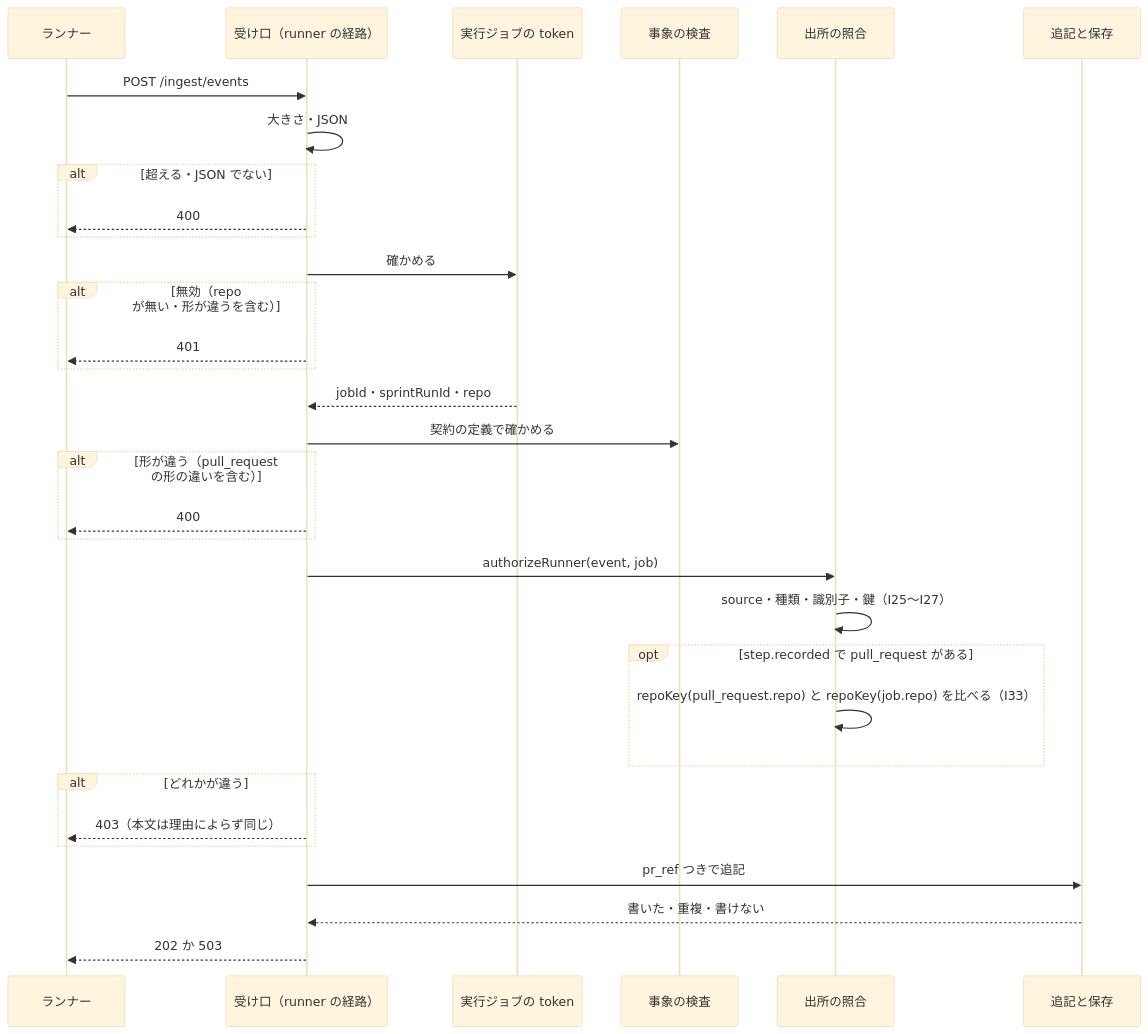
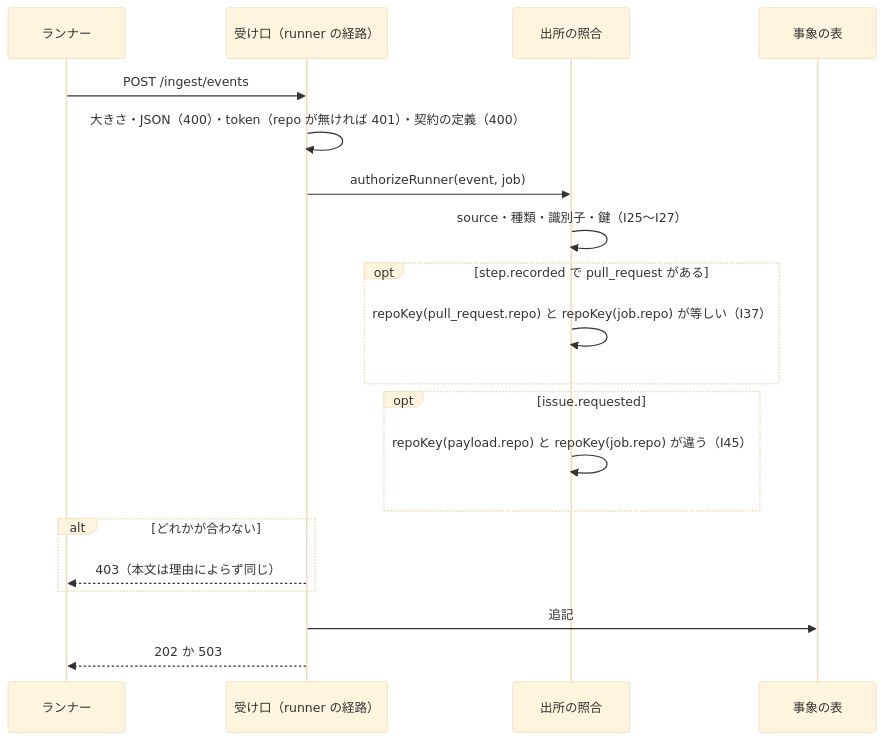
The fourth of 5 diagrams in issues/issue-2216-design.md (devbasex/ai-plugins), drawn with Mermaid (base theme) before and after one commit. The commit also changed other lines of this file and 4 other files, not shown here.

````diff
--- a/issues/issue-2216-design.md
+++ b/issues/issue-2216-design.md
@@ -186,34 +285,22 @@
 ```mermaid
 sequenceDiagram
     participant R as ランナー
     participant A as 受け口（runner の経路）
-    participant T as 実行ジョブの token
-    participant V as 事象の検査
     participant Z as 出所の照合
-    participant D as 追記と保存
+    participant D as 事象の表
     R->>A: POST /ingest/events
-    A->>A: 大きさ・JSON
-    alt 超える・JSON でない
-        A-->>R: 400
-    end
-    A->>T: 確かめる
-    alt 無効（repo が無い・形が違うを含む）
-        A-->>R: 401
-    end
-    T-->>A: jobId・sprintRunId・repo
-    A->>V: 契約の定義で確かめる
-    alt 形が違う（pull_request の形の違いを含む）
-        A-->>R: 400
-    end
+    A->>A: 大きさ・JSON（400）・token（repo が無ければ 401）・契約の定義（400）
     A->>Z: authorizeRunner(event, job)
     Z->>Z: source・種類・識別子・鍵（I25〜I27）
     opt step.recorded で pull_request がある
-        Z->>Z: repoKey(pull_request.repo) と repoKey(job.repo) を比べる（I33）
+        Z->>Z: repoKey(pull_request.repo) と repoKey(job.repo) が等しい（I37）
     end
-    alt どれかが違う
+    opt issue.requested
+        Z->>Z: repoKey(payload.repo) と repoKey(job.repo) が違う（I45）
+    end
+    alt どれかが合わない
         A-->>R: 403（本文は理由によらず同じ）
     end
-    A->>D: pr_ref つきで追記
-    D-->>A: 書いた・重複・書けない
+    A->>D: 追記
     A-->>R: 202 か 503
 ```
````
